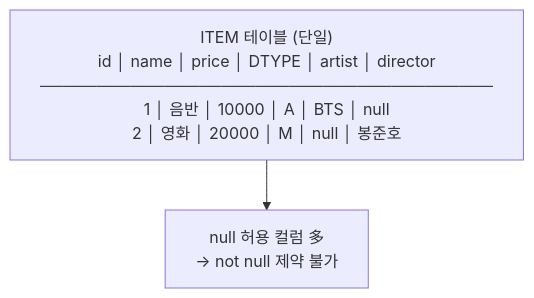
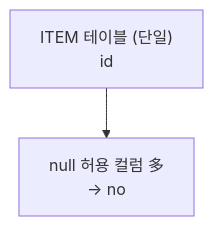
The tenth of 10 diagrams in _posts/jpa/2026-05-01-jpa-fundamentals.md (yjkim2015/yjkim2015.github.io), drawn with Mermaid before and after one commit. The commit also changed other lines of this file and 271 other files, not shown here.

First line of the commit message:
Mermaid 라벨 축소: 긴 노드 텍스트 18자 이하로 트림 + \n 제거

````diff
--- a/_posts/jpa/2026-05-01-jpa-fundamentals.md
+++ b/_posts/jpa/2026-05-01-jpa-fundamentals.md
@@ -508,6 +508,6 @@
 ```mermaid
 graph TD
-    ITEM["ITEM 테이블 (단일)\nid │ name │ price │ DTYPE │ artist │ director\n────────────────────────────────────────\n1 │ 음반 │ 10000 │ A │ BTS │ null\n2 │ 영화 │ 20000 │ M │ null │ 봉준호"]
-    NOTE["null 허용 컬럼 多\n→ not null 제약 불가"]
+    ITEM["ITEM 테이블 (단일)\nid"]
+    NOTE["null 허용 컬럼 多\n→ no"]
     ITEM --> NOTE
 ```
````
